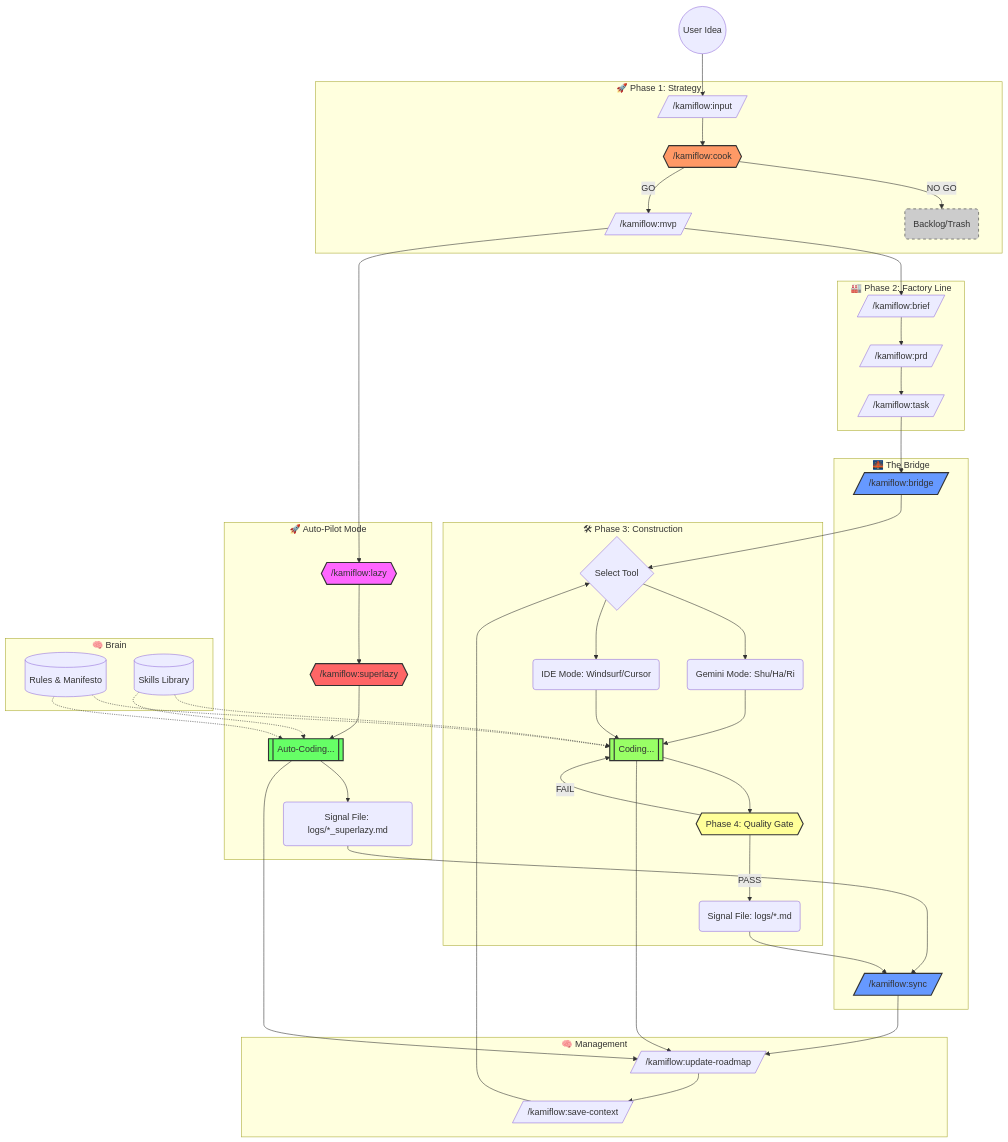
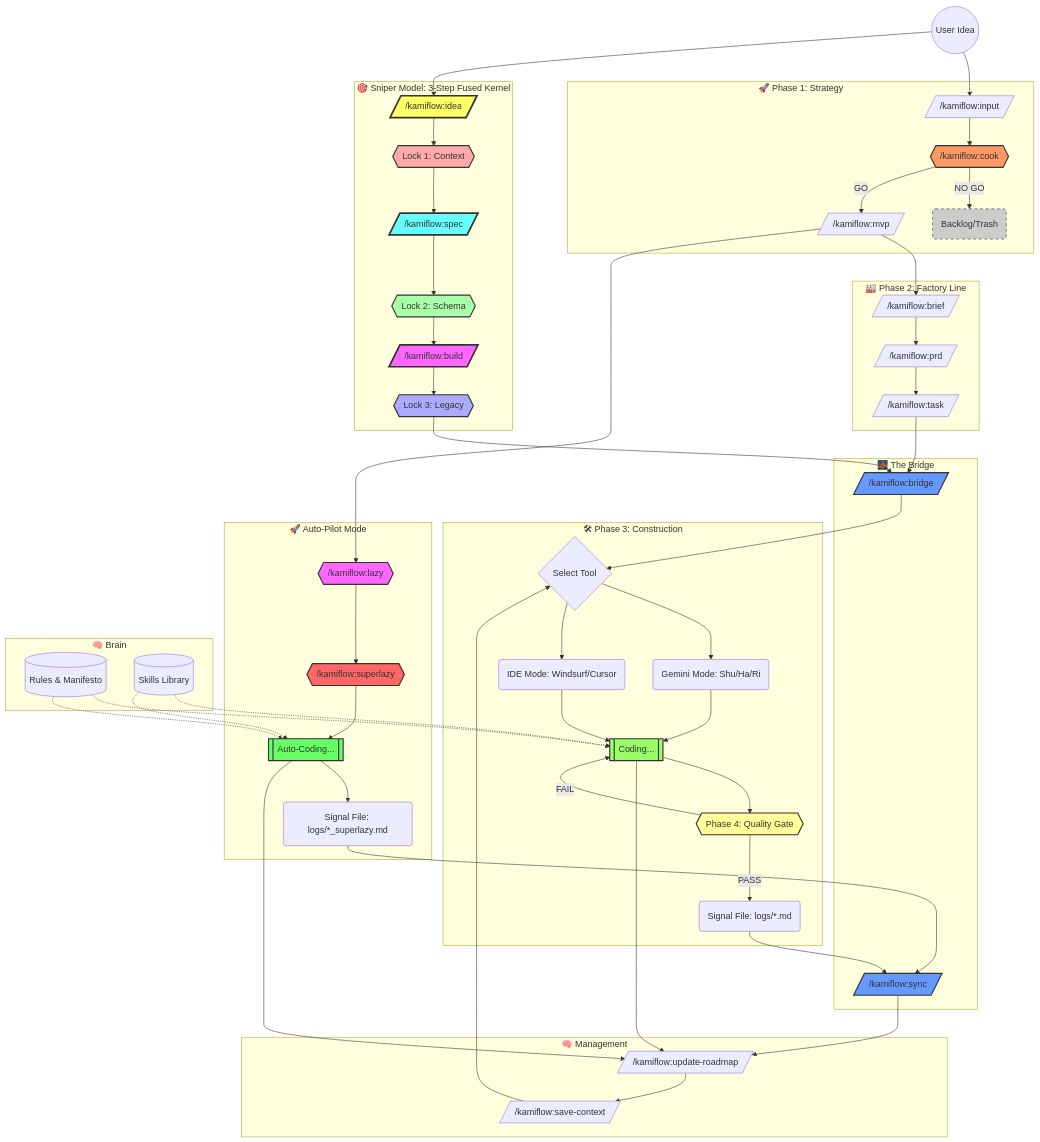
One commit to kamishino/gemini-cli-workflow changed the diagram in docs/KAMIFLOW_OVERVIEW.md. Above: the diagram before and after it, drawn with Mermaid. The commit also changed other lines of this file and 6 other files, not shown here.

Commit message:
feat(sniper): implement fused 3-step kernel with 3-layer locks

````diff
--- a/docs/KAMIFLOW_OVERVIEW.md
+++ b/docs/KAMIFLOW_OVERVIEW.md
@@ -9,25 +10,34 @@
 graph TD
     %% Nodes
     Start((User Idea))
-    
+
     subgraph Strategy_Phase [🚀 Phase 1: Strategy]
         Input[/"/kamiflow:input"/]
         Cook{{"/kamiflow:cook"}}
         MVP[/"/kamiflow:mvp"/]
         Trash(Backlog/Trash)
     end
-    
+
+    subgraph Sniper_Phase [🎯 Sniper Model: 3-Step Fused Kernel]
+        Idea[/"/kamiflow:idea"/]
+        Spec[/"/kamiflow:spec"/]
+        Build[/"/kamiflow:build"/]
+        Lock1{{Lock 1: Context}}
+        Lock2{{Lock 2: Schema}}
+        Lock3{{Lock 3: Legacy}}
+    end
+
     subgraph Factory_Phase [🏭 Phase 2: Factory Line]
         Brief[/"/kamiflow:brief"/]
         PRD[/"/kamiflow:prd"/]
         Tasks[/"/kamiflow:task"/]
     end
-    
+
     subgraph Bridge [🌉 The Bridge]
         Handoff[/"/kamiflow:bridge"/]
         Sync[/"/kamiflow:sync"/]
     end
-    
+
     subgraph Construction_Phase [🛠 Phase 3: Construction]
         Mode{Select Tool}
         GeminiMode(Gemini Mode: Shu/Ha/Ri)
@@ -36,19 +46,19 @@
         QualityGate{{"Phase 4: Quality Gate"}}
         LogFile(Signal File: logs/*.md)
     end
-    
+
     subgraph Autopilot_Phase [🚀 Auto-Pilot Mode]
         Lazy{{"/kamiflow:lazy"}}
         SuperLazy{{"/kamiflow:superlazy"}}
         AutoCode[[Auto-Coding...]]
         AutoLog(Signal File: logs/*_superlazy.md)
     end
-    
+
     subgraph Knowledge_Base [🧠 Brain]
         Rules[(Rules & Manifesto)]
         Skills[(Skills Library)]
     end
-    
+
     subgraph Management [🧠 Management]
         Roadmap[/"/kamiflow:update-roadmap"/]
         Save[/"/kamiflow:save-context"/]
@@ -59,44 +69,53 @@
     Input --> Cook
     Cook -- NO GO --> Trash
     Cook -- GO --> MVP
-    
-    %% Traditional Path
+
+    %% Sniper Path (NEW)
+    Start --> Idea
+    Idea --> Lock1
+    Lock1 --> Spec
+    Spec --> Lock2
+    Lock2 --> Build
+    Build --> Lock3
+    Lock3 --> Handoff
+
+    %% Traditional Path (Legacy)
     MVP --> Brief
     Brief --> PRD
     PRD --> Tasks
     Tasks --> Handoff
-    
+
     %% Auto-Pilot Path
     MVP --> Lazy
     Lazy --> SuperLazy
     SuperLazy --> AutoCode
     AutoCode --> AutoLog
-    
+
     Handoff --> Mode
     Mode --> GeminiMode
     Mode --> IdeMode
-    
+
     GeminiMode --> Code
     IdeMode --> Code
-    
+
     Code --> QualityGate
     QualityGate -- PASS --> LogFile
     QualityGate -- FAIL --> Code
-    
+
     LogFile --> Sync
     AutoLog --> Sync
-    
+
     Rules -.-> Code
     Skills -.-> Code
     Rules -.-> AutoCode
     Skills -.-> AutoCode
-    
+
     Code --> Roadmap
     AutoCode --> Roadmap
     Sync --> Roadmap
     Roadmap --> Save
     Save --> Mode
-    
+
     %% Styling
     style Cook fill:#f96,stroke:#333,stroke-width:2px
     style Trash fill:#ccc,stroke:#333,stroke-dasharray: 5 5
@@ -107,4 +126,10 @@
     style Lazy fill:#f6f,stroke:#333,stroke-width:2px
     style SuperLazy fill:#f66,stroke:#333,stroke-width:2px
     style AutoCode fill:#6f6,stroke:#333,stroke-width:2px
+    style Idea fill:#ff6,stroke:#333,stroke-width:3px
+    style Spec fill:#6ff,stroke:#333,stroke-width:3px
+    style Build fill:#f6f,stroke:#333,stroke-width:3px
+    style Lock1 fill:#faa,stroke:#333,stroke-width:2px
+    style Lock2 fill:#afa,stroke:#333,stroke-width:2px
+    style Lock3 fill:#aaf,stroke:#333,stroke-width:2px
 ```
````
